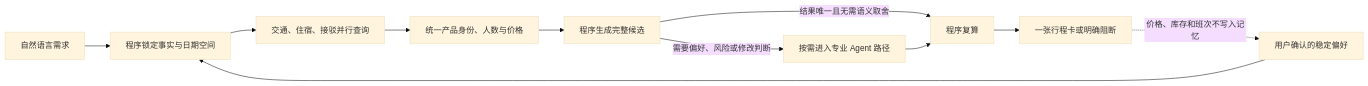
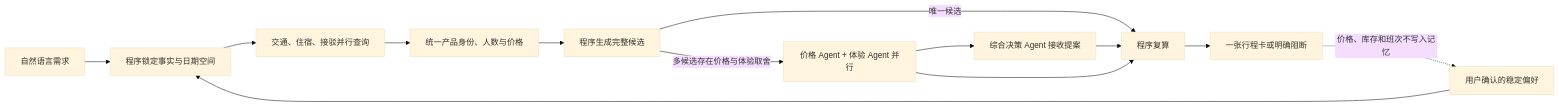
Before and after one commit to Oxygen56/TripChord: the diagram in docs/resume-project.md, drawn with Mermaid (base theme). The commit also changed other lines of this file and 19 other files, not shown here.

````diff
--- a/docs/resume-project.md
+++ b/docs/resume-project.md
@@ -30,13 +30,15 @@
 ```mermaid
 flowchart LR
   A[自然语言需求] --> B[程序锁定事实与日期空间]
   B --> C[交通、住宿、接驳并行查询]
   C --> D[统一产品身份、人数与价格]
   D --> E[程序生成完整候选]
-  E -->|结果唯一且无需语义取舍| G[程序复算]
-  E -->|需要偏好、风险或修改判断| F[按需进入专业 Agent 路径]
+  E -->|多候选存在价格与体验取舍| F[价格 Agent + 体验 Agent 并行]
+  F --> G2[综合决策 Agent 接收提案]
+  E -->|唯一候选| G[程序复算]
+  G2 --> G
   F --> G
   G --> H[一张行程卡或明确阻断]
   M[用户确认的稳定偏好] --> B
   H -.价格、库存和班次不写入记忆.-> M
 ```
````
